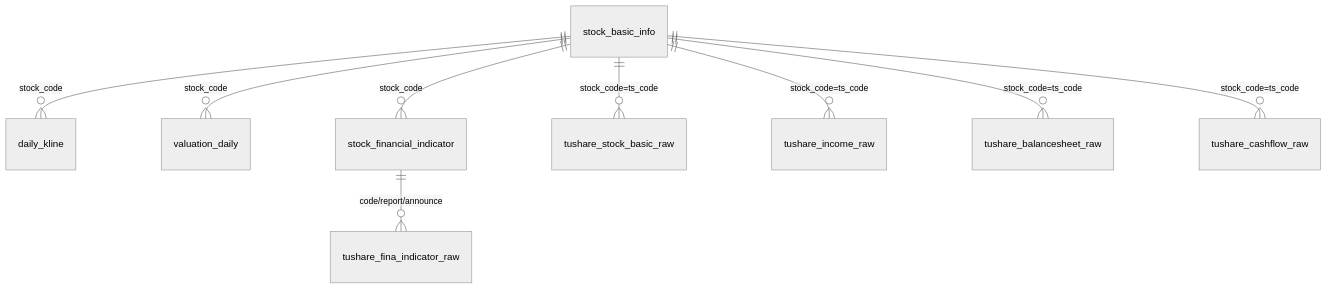
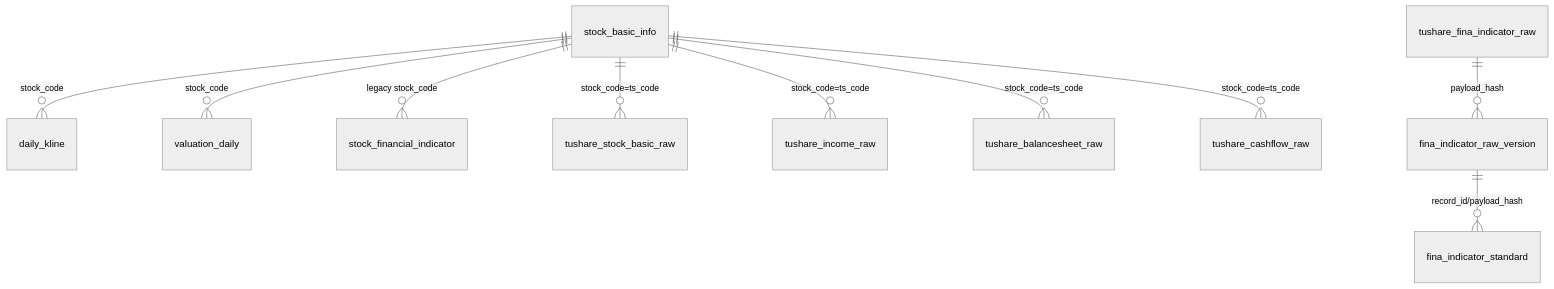
One commit to weiliq777/ashares_data_collect changed the second of 2 diagrams in dev_doc/current_data_model.md. Above: the diagram before and after it, drawn with Mermaid (neutral theme). The commit also changed other lines of this file and 45 other files, not shown here.

````diff
--- a/dev_doc/current_data_model.md
+++ b/dev_doc/current_data_model.md
@@ -260,11 +262,12 @@
 ```mermaid
 erDiagram
     stock_basic_info ||--o{ daily_kline : "stock_code"
     stock_basic_info ||--o{ valuation_daily : "stock_code"
-    stock_basic_info ||--o{ stock_financial_indicator : "stock_code"
+    stock_basic_info ||--o{ stock_financial_indicator : "legacy stock_code"
     stock_basic_info ||--o{ tushare_stock_basic_raw : "stock_code=ts_code"
-    stock_financial_indicator ||--o{ tushare_fina_indicator_raw : "code/report/announce"
+    tushare_fina_indicator_raw ||--o{ fina_indicator_raw_version : "payload_hash"
+    fina_indicator_raw_version ||--o{ fina_indicator_standard : "record_id/payload_hash"
     stock_basic_info ||--o{ tushare_income_raw : "stock_code=ts_code"
     stock_basic_info ||--o{ tushare_balancesheet_raw : "stock_code=ts_code"
     stock_basic_info ||--o{ tushare_cashflow_raw : "stock_code=ts_code"
 ```
````
